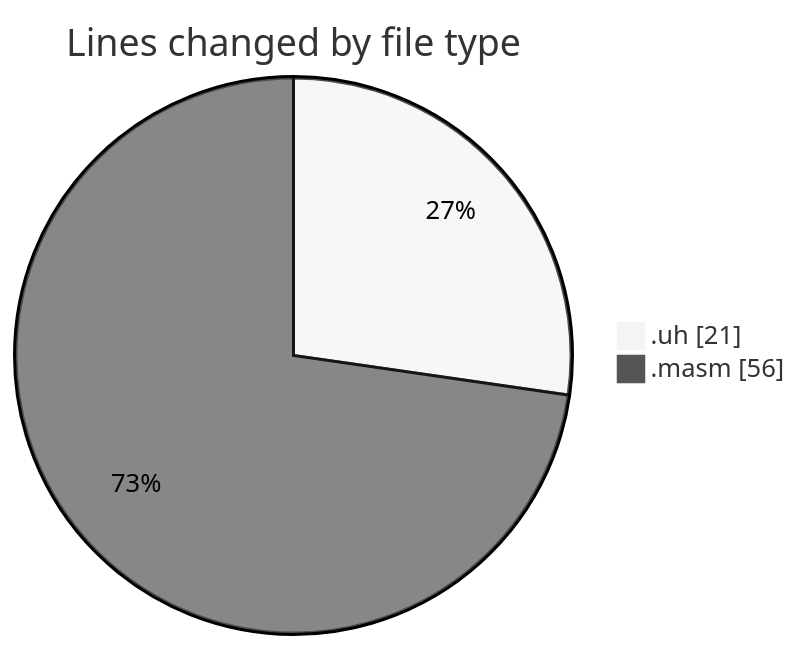
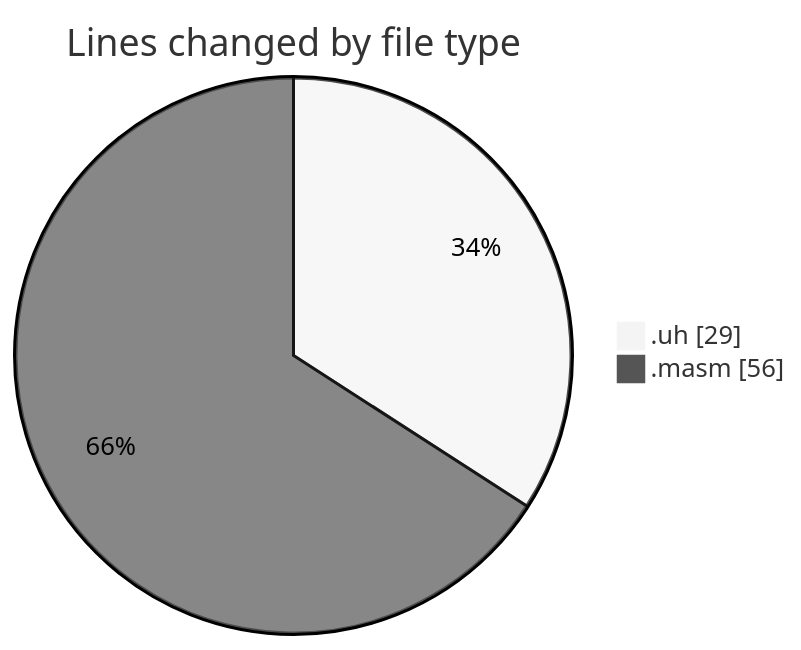
One commit to charlie-sans/code-tracking changed the first of 2 diagrams in 2025-05-02/uhigh-lang/README.md. Above: the diagram before and after it, drawn with Mermaid (neutral theme). The commit also changed other lines of this file and 1 other file, not shown here.

````diff
--- a/2025-05-02/uhigh-lang/README.md
+++ b/2025-05-02/uhigh-lang/README.md
@@ -21,6 +21,6 @@
 ```mermaid
 pie showData
 title Lines changed by file type
-".uh" : 21
+".uh" : 29
 ".masm" : 56
 ```
````
